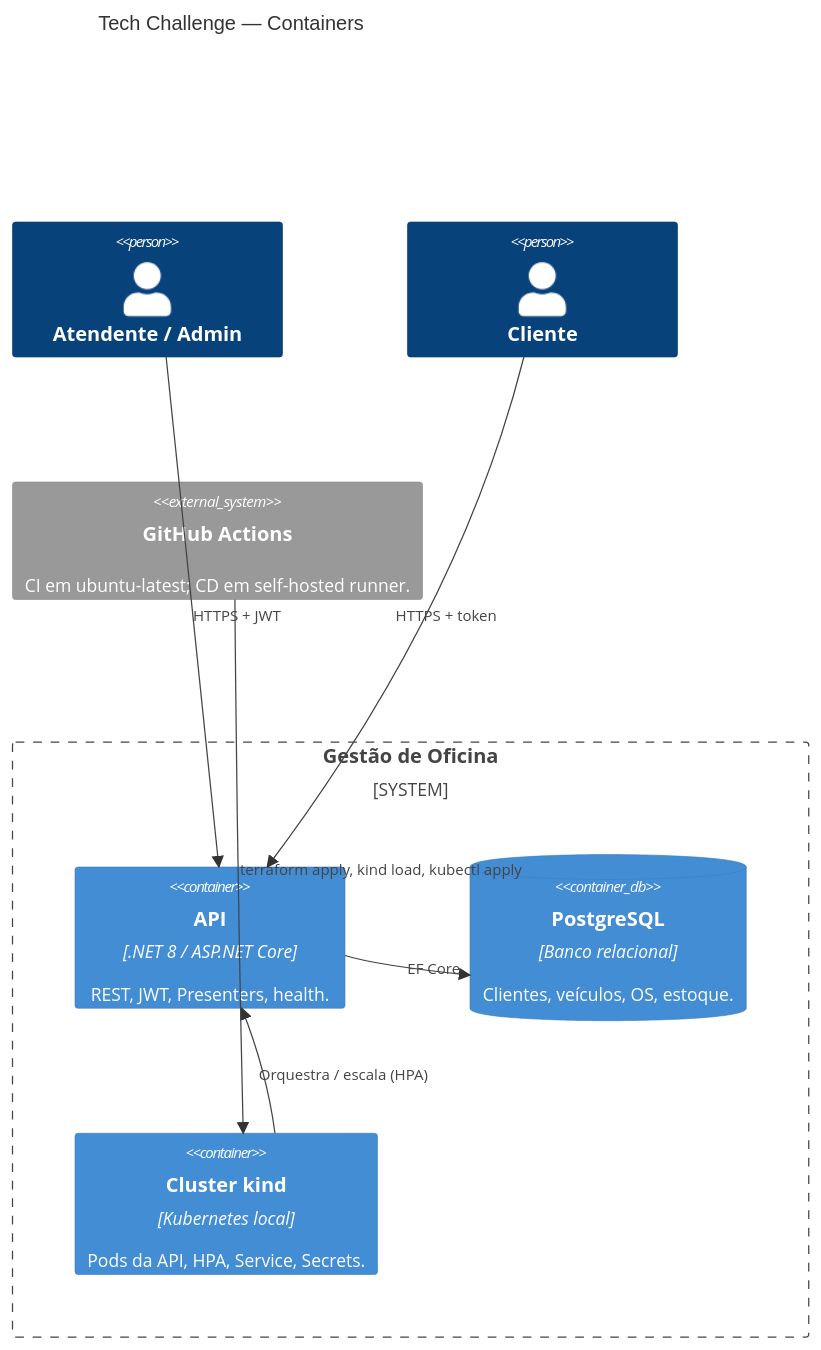
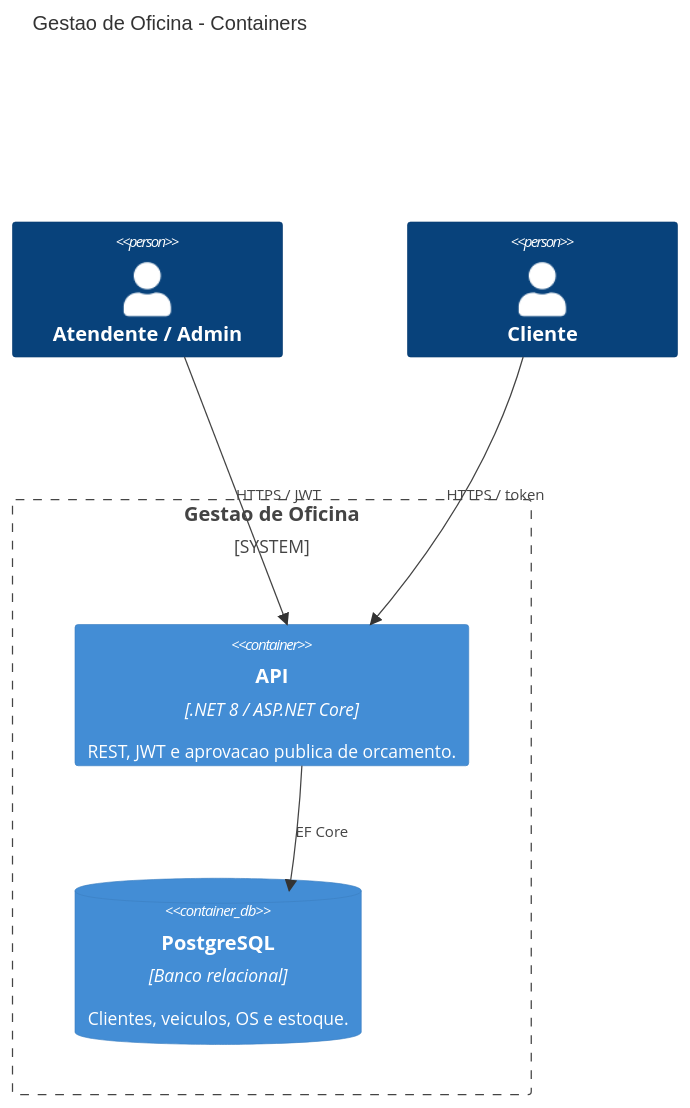
One commit to fiap-vcosta/api changed the second of 4 diagrams in README.md. Above: the diagram before and after it, drawn with Mermaid. The commit also changed other lines of this file and 26 other files, not shown here.

````diff
--- a/README.md
+++ b/README.md
@@ -50,21 +24,16 @@
 ```mermaid
 C4Container
-title Tech Challenge — Containers
+title Gestao de Oficina - Containers
 
 Person(admin, "Atendente / Admin", "")
 Person(cliente, "Cliente", "")
 
-System_Boundary(tc, "Gestão de Oficina") {
-    Container(api, "API", ".NET 8 / ASP.NET Core", "REST, JWT, Presenters, health.")
-    ContainerDb(db, "PostgreSQL", "Banco relacional", "Clientes, veículos, OS, estoque.")
-    Container(kind, "Cluster kind", "Kubernetes local", "Pods da API, HPA, Service, Secrets.")
+System_Boundary(oficina, "Gestao de Oficina") {
+    Container(api, "API", ".NET 8 / ASP.NET Core", "REST, JWT e aprovacao publica de orcamento.")
+    ContainerDb(db, "PostgreSQL", "Banco relacional", "Clientes, veiculos, OS e estoque.")
 }
 
-System_Ext(gha, "GitHub Actions", "CI em ubuntu-latest; CD em self-hosted runner.")
-
-Rel(admin, api, "HTTPS + JWT")
-Rel(cliente, api, "HTTPS + token")
+Rel(admin, api, "HTTPS / JWT")
+Rel(cliente, api, "HTTPS / token")
 Rel(api, db, "EF Core")
-Rel(kind, api, "Orquestra / escala (HPA)")
-Rel(gha, kind, "terraform apply, kind load, kubectl apply")
 ```
````
